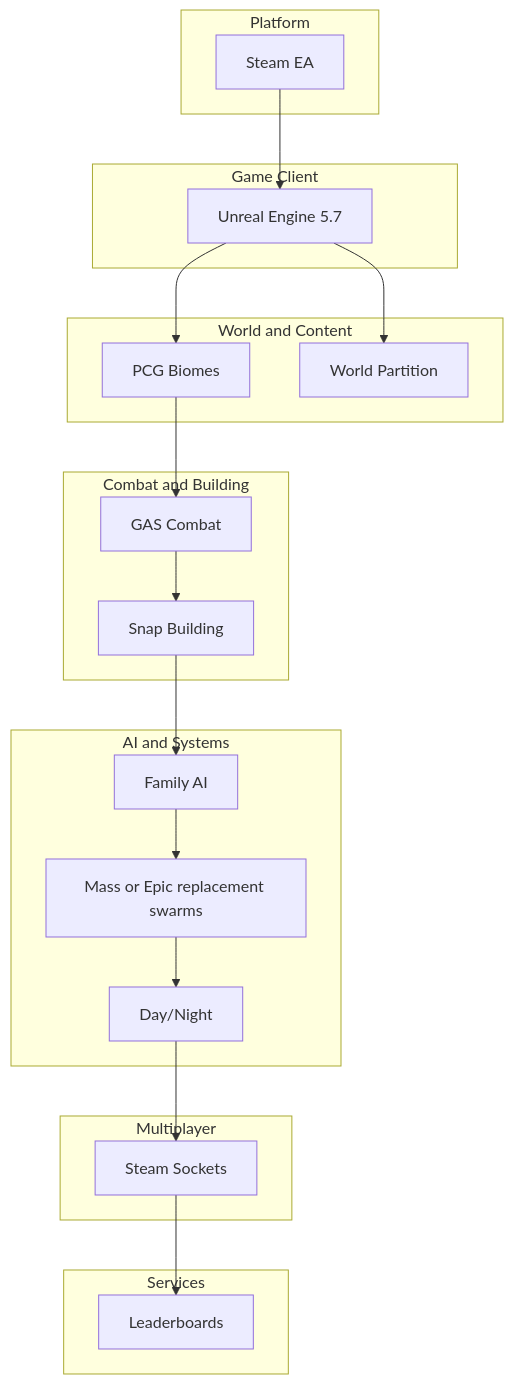
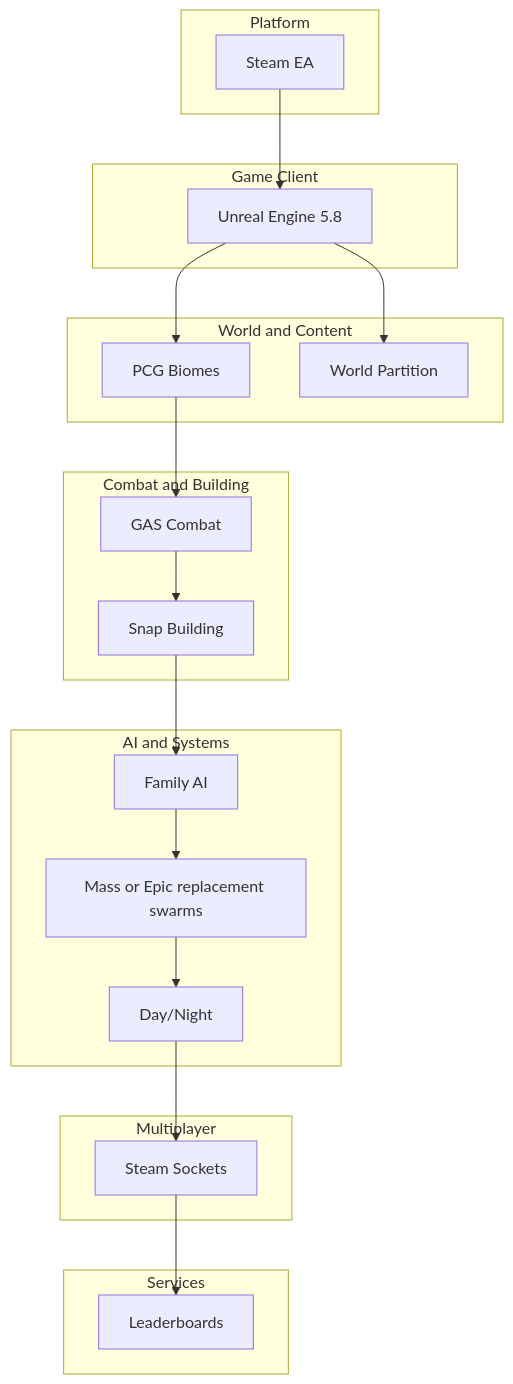
The diagram in VisionBoard/Core/STACK_PLAN.md (XylarDark/HomeWorld), drawn with Mermaid before and after one commit. The commit also changed other lines of this file and 55 other files, not shown here.

First line of the commit message:
chore: cut over HomeWorld to Unreal Engine 5.8

````diff
--- a/VisionBoard/Core/STACK_PLAN.md
+++ b/VisionBoard/Core/STACK_PLAN.md
@@ -9,37 +9,37 @@
 ```mermaid
 flowchart TB
   subgraph platform [Platform]
     Steam[Steam EA]
   end
   subgraph client [Game Client]
-    UE[Unreal Engine 5.7]
+    UE[Unreal Engine 5.8]
   end
   subgraph world [World and Content]
     PCG[PCG Biomes]
     WP[World Partition]
   end
   subgraph gameplay [Combat and Building]
     GAS[GAS Combat]
     Build[Snap Building]
   end
   subgraph ai [AI and Systems]
     FamilyAI[Family AI]
     Mass[Mass or Epic replacement swarms]
     DayNight[Day/Night]
   end
   subgraph net [Multiplayer]
     SteamSockets[Steam Sockets]
   end
   subgraph services [Services]
     Leaderboards[Leaderboards]
   end
   Steam --> UE --> PCG
   UE --> WP
   PCG --> GAS
   GAS --> Build
   Build --> FamilyAI
   FamilyAI --> Mass
   Mass --> DayNight
   DayNight --> SteamSockets
   SteamSockets --> Leaderboards
 ```
````
